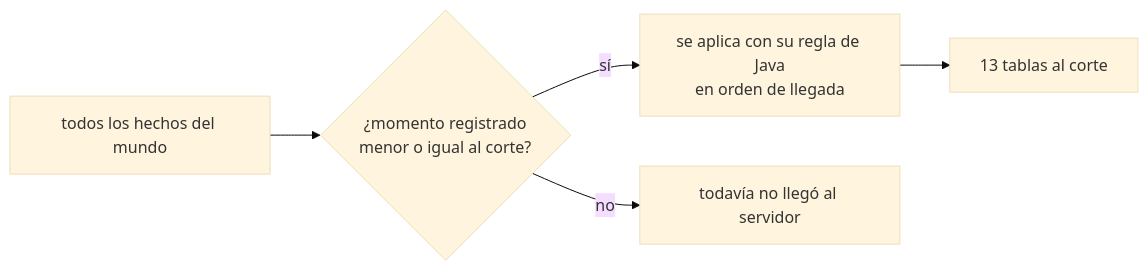
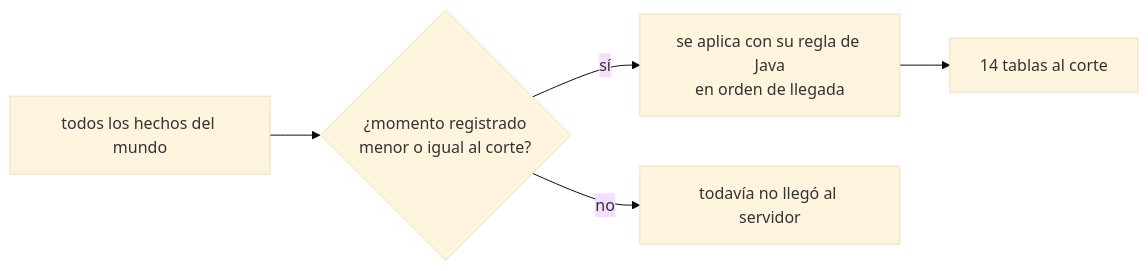
The second of 9 diagrams in docs/simulacion.md (enzopazzelli/vivso-analitica), drawn with Mermaid (base theme) before and after one commit. The commit also changed other lines of this file and 6 other files, not shown here.

````diff
--- a/docs/simulacion.md
+++ b/docs/simulacion.md
@@ -43,7 +44,7 @@
 ```mermaid
 flowchart LR
     V["todos los hechos del mundo"] --> F{"¿momento registrado<br/>menor o igual al corte?"}
     F -->|"sí"| P["se aplica con su regla de Java<br/>en orden de llegada"]
     F -->|"no"| N["todavía no llegó al servidor"]
-    P --> T["13 tablas al corte"]
+    P --> T["14 tablas al corte"]
 ```
````
